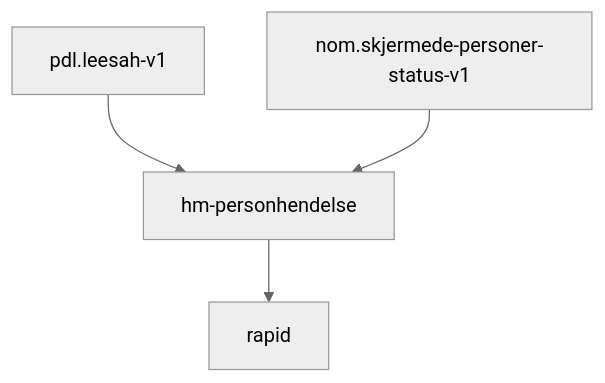
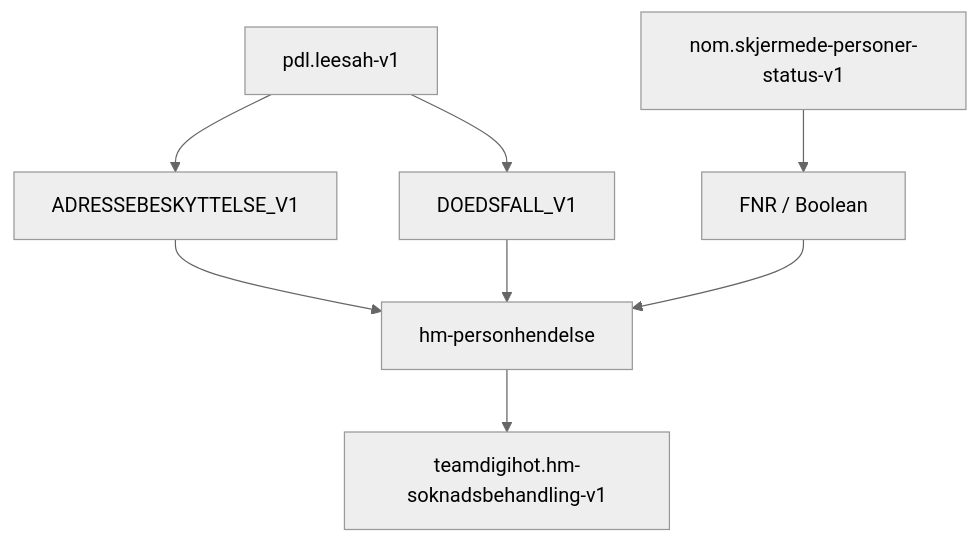
The diagram in README.md (navikt/hm-personhendelse), drawn with Mermaid (neutral theme) before and after one commit. The commit also changed 18 other files, not shown here.

````diff
--- a/README.md
+++ b/README.md
@@ -6,6 +6,7 @@
 ```mermaid
 flowchart TD
-    pdl.leesah-v1 --> hm-personhendelse
-    nom.skjermede-personer-status-v1 --> hm-personhendelse
-    hm-personhendelse --> rapid
+    pdl.leesah-v1 --> ADRESSEBESKYTTELSE_V1 --> hm-personhendelse
+    pdl.leesah-v1 --> DOEDSFALL_V1 --> hm-personhendelse
+    nom.skjermede-personer-status-v1 --> id1[FNR / Boolean] --> hm-personhendelse
+    hm-personhendelse --> teamdigihot.hm-soknadsbehandling-v1
 ```
````
